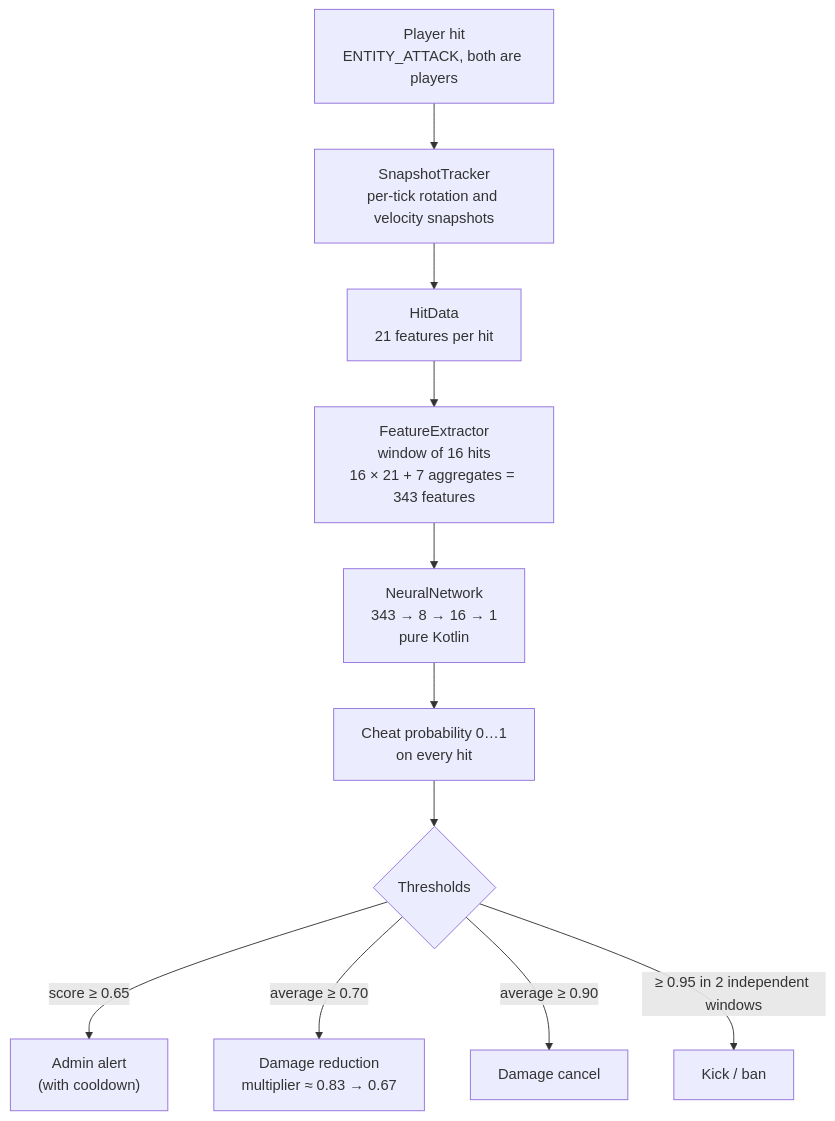
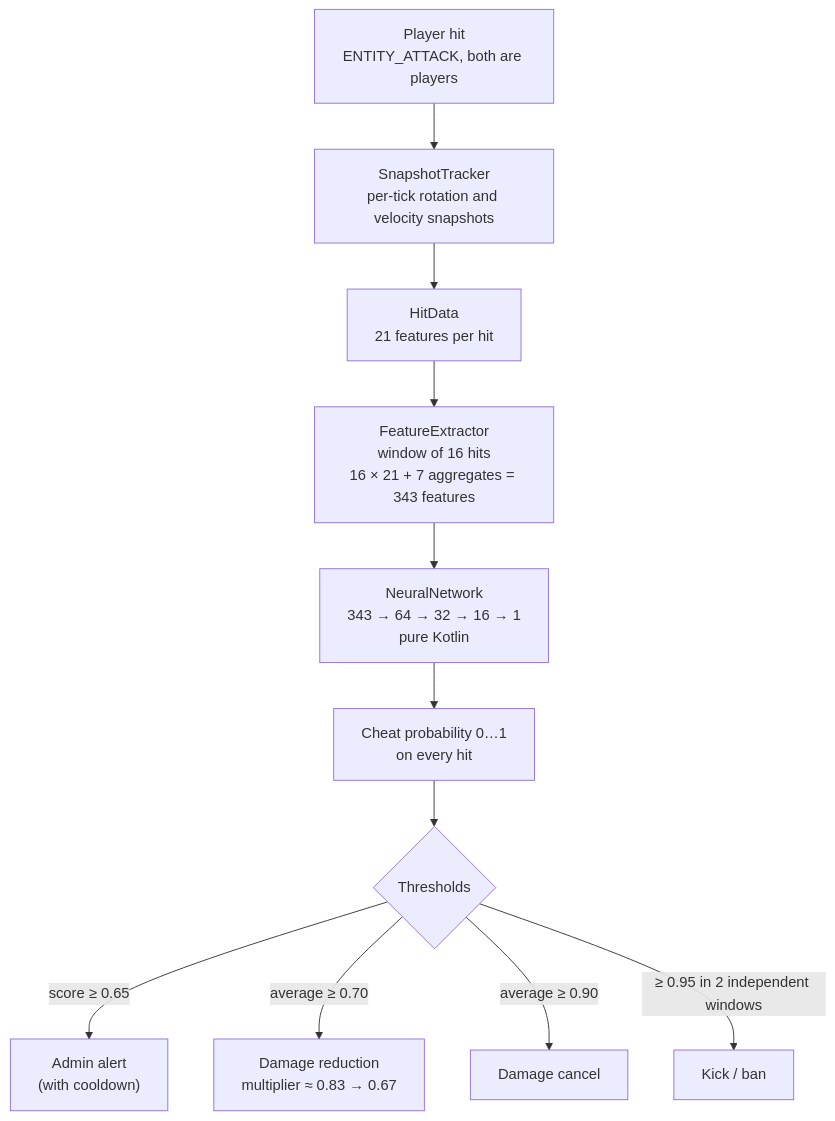
Before and after one commit to 6lGRUSHAl6/DaynAC: the diagram in README.en.md, drawn with Mermaid. The commit also changed other lines of this file and 6 other files, not shown here.

````diff
--- a/README.en.md
+++ b/README.en.md
@@ -62,13 +63,13 @@
 ```mermaid
 flowchart TB
     hit["Player hit<br/>ENTITY_ATTACK, both are players"] --> track["SnapshotTracker<br/>per-tick rotation and velocity snapshots"]
     track --> hitdata["HitData<br/>21 features per hit"]
     hitdata --> feat["FeatureExtractor<br/>window of 16 hits<br/>16 × 21 + 7 aggregates = 343 features"]
-    feat --> nn["NeuralNetwork<br/>343 → 8 → 16 → 1<br/>pure Kotlin"]
+    feat --> nn["NeuralNetwork<br/>343 → 64 → 32 → 16 → 1<br/>pure Kotlin"]
     nn --> score["Cheat probability 0…1<br/>on every hit"]
     score --> rule{"Thresholds"}
     rule -->|"score ≥ 0.65"| alert["Admin alert<br/>(with cooldown)"]
     rule -->|"average ≥ 0.70"| reduce["Damage reduction<br/>multiplier ≈ 0.83 → 0.67"]
     rule -->|"average ≥ 0.90"| cancel["Damage cancel"]
     rule -->|"≥ 0.95 in 2 independent windows"| punish["Kick / ban"]
 ```
````
